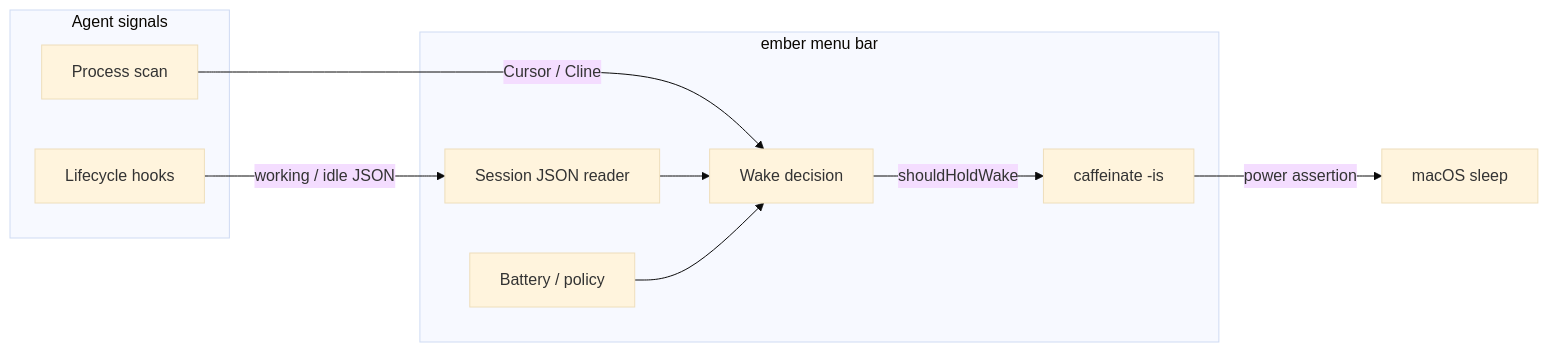
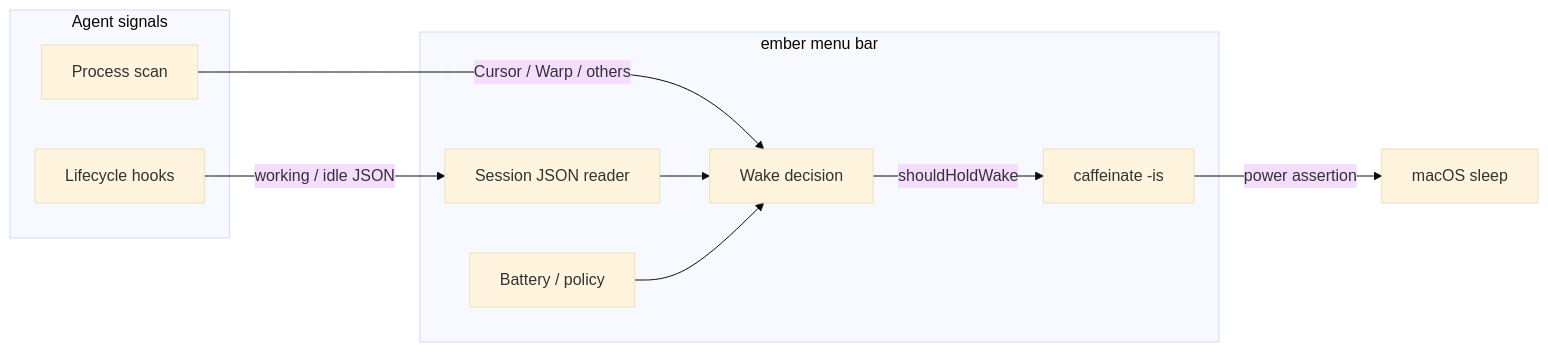
Before and after one commit to smeltery/ember: the diagram in docs/how-it-works.md, drawn with Mermaid (base theme). The commit also changed other lines of this file and 19 other files, not shown here.

````diff
--- a/docs/how-it-works.md
+++ b/docs/how-it-works.md
@@ -9,21 +9,21 @@
 ```mermaid
 flowchart LR
   subgraph signals [Agent signals]
     H[Lifecycle hooks]
     P[Process scan]
   end
 
   subgraph emberApp [ember menu bar]
     S[Session JSON reader]
     B[Battery / policy]
     W[Wake decision]
     C["caffeinate -is"]
   end
 
   H -->|"working / idle JSON"| S
-  P -->|Cursor / Cline| W
+  P -->|Cursor / Warp / others| W
   S --> W
   B --> W
   W -->|shouldHoldWake| C
   C -->|power assertion| M[macOS sleep]
 ```
````
